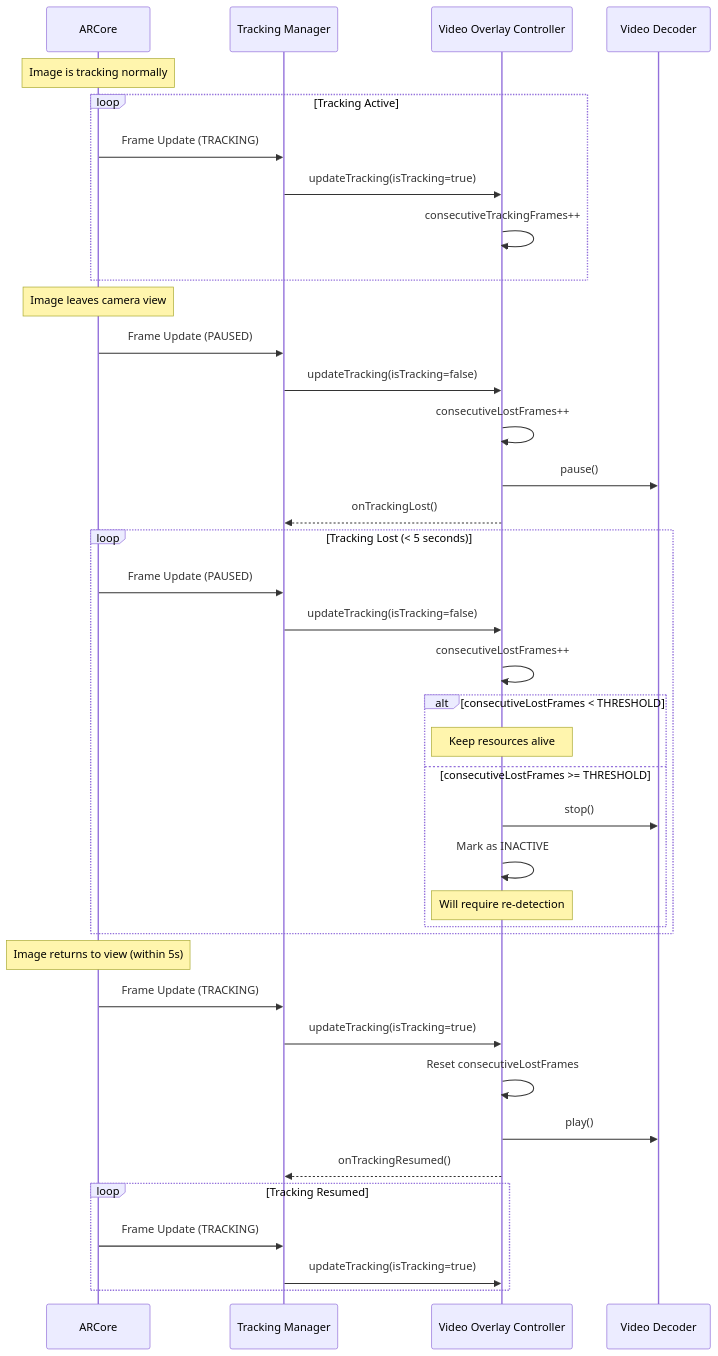
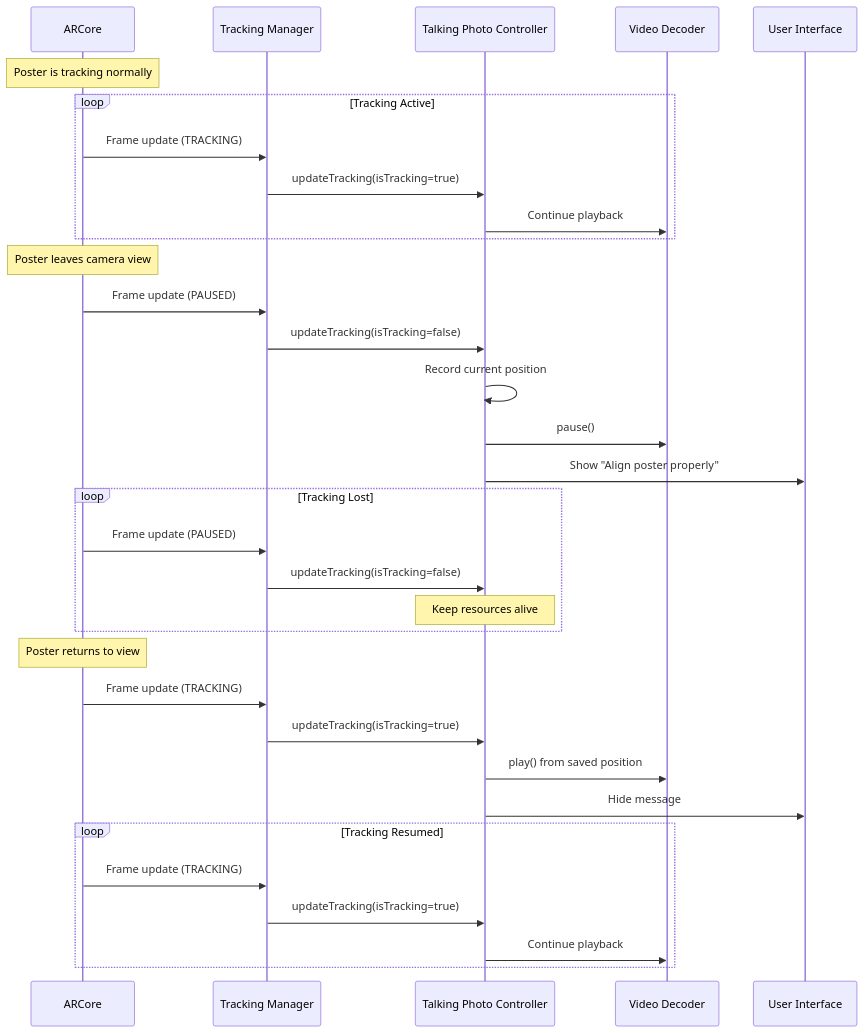
Before and after one commit to ajitreddy013/TalkAR: the sixth of 7 diagrams in .kiro/specs/ar-video-overlay-tracking/design.md, drawn with Mermaid. The commit also changed other lines of this file and 2 other files, not shown here.

````diff
--- a/.kiro/specs/ar-video-overlay-tracking/design.md
+++ b/.kiro/specs/ar-video-overlay-tracking/design.md
@@ -723,50 +1783,43 @@
 ```mermaid
 sequenceDiagram
     participant AR as ARCore
     participant TM as Tracking Manager
-    participant VC as Video Overlay Controller
+    participant TC as Talking Photo Controller
     participant VD as Video Decoder
+    participant UI as User Interface
     
-    Note over AR: Image is tracking normally
+    Note over AR: Poster is tracking normally
     
     loop Tracking Active
-        AR->>TM: Frame Update (TRACKING)
-        TM->>VC: updateTracking(isTracking=true)
-        VC->>VC: consecutiveTrackingFrames++
+        AR->>TM: Frame update (TRACKING)
+        TM->>TC: updateTracking(isTracking=true)
+        TC->>VD: Continue playback
     end
     
-    Note over AR: Image leaves camera view
+    Note over AR: Poster leaves camera view
     
-    AR->>TM: Frame Update (PAUSED)
-    TM->>VC: updateTracking(isTracking=false)
-    VC->>VC: consecutiveLostFrames++
-    VC->>VD: pause()
-    VC-->>TM: onTrackingLost()
+    AR->>TM: Frame update (PAUSED)
+    TM->>TC: updateTracking(isTracking=false)
+    TC->>TC: Record current position
+    TC->>VD: pause()
+    TC->>UI: Show "Align poster properly"
     
-    loop Tracking Lost (< 5 seconds)
-        AR->>TM: Frame Update (PAUSED)
-        TM->>VC: updateTracking(isTracking=false)
-        VC->>VC: consecutiveLostFrames++
-        
-        alt consecutiveLostFrames < THRESHOLD
-            Note over VC: Keep resources alive
-        else consecutiveLostFrames >= THRESHOLD
-            VC->>VD: stop()
-            VC->>VC: Mark as INACTIVE
-            Note over VC: Will require re-detection
-        end
+    loop Tracking Lost
+        AR->>TM: Frame update (PAUSED)
+        TM->>TC: updateTracking(isTracking=false)
+        Note over TC: Keep resources alive
     end
     
-    Note over AR: Image returns to view (within 5s)
+    Note over AR: Poster returns to view
     
-    AR->>TM: Frame Update (TRACKING)
-    TM->>VC: updateTracking(isTracking=true)
-    VC->>VC: Reset consecutiveLostFrames
-    VC->>VD: play()
-    VC-->>TM: onTrackingResumed()
+    AR->>TM: Frame update (TRACKING)
+    TM->>TC: updateTracking(isTracking=true)
+    TC->>VD: play() from saved position
+    TC->>UI: Hide message
     
     loop Tracking Resumed
-        AR->>TM: Frame Update (TRACKING)
-        TM->>VC: updateTracking(isTracking=true)
+        AR->>TM: Frame update (TRACKING)
+        TM->>TC: updateTracking(isTracking=true)
+        TC->>VD: Continue playback
     end
 ```
````
